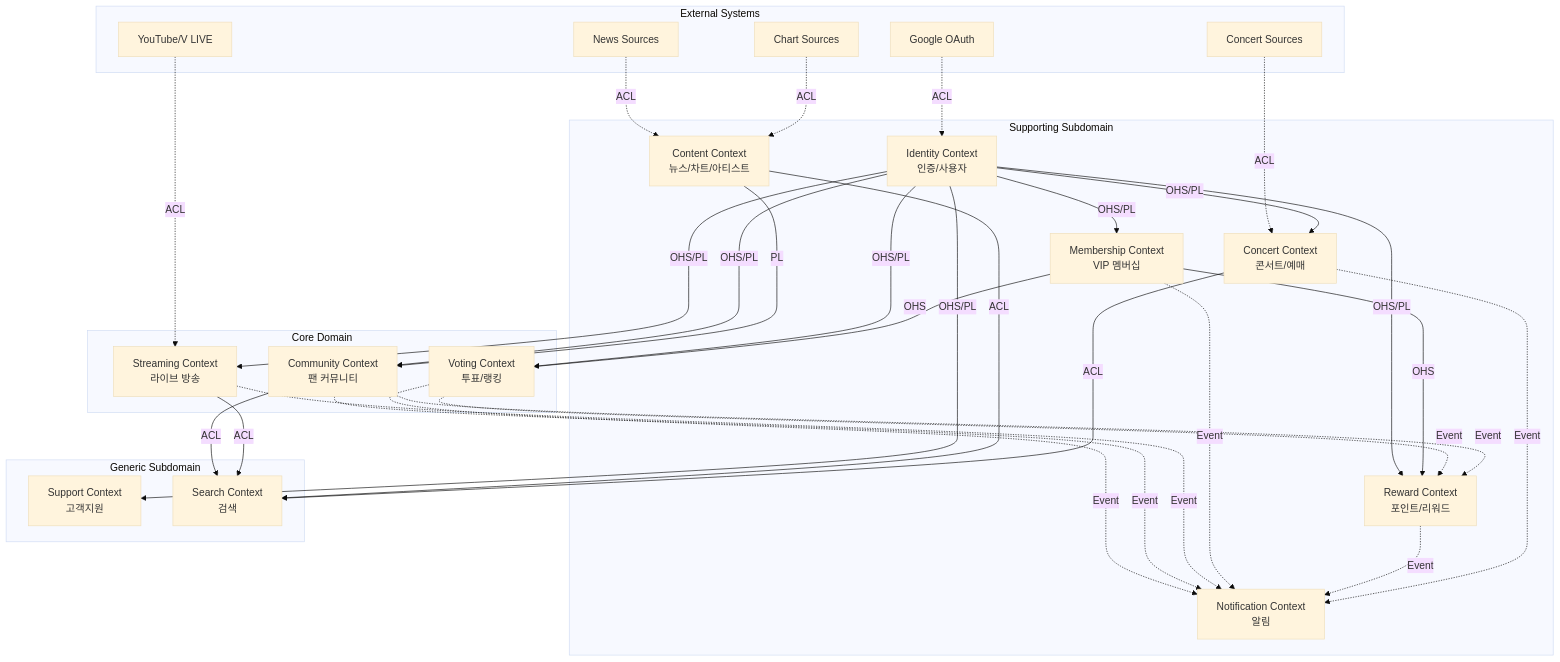
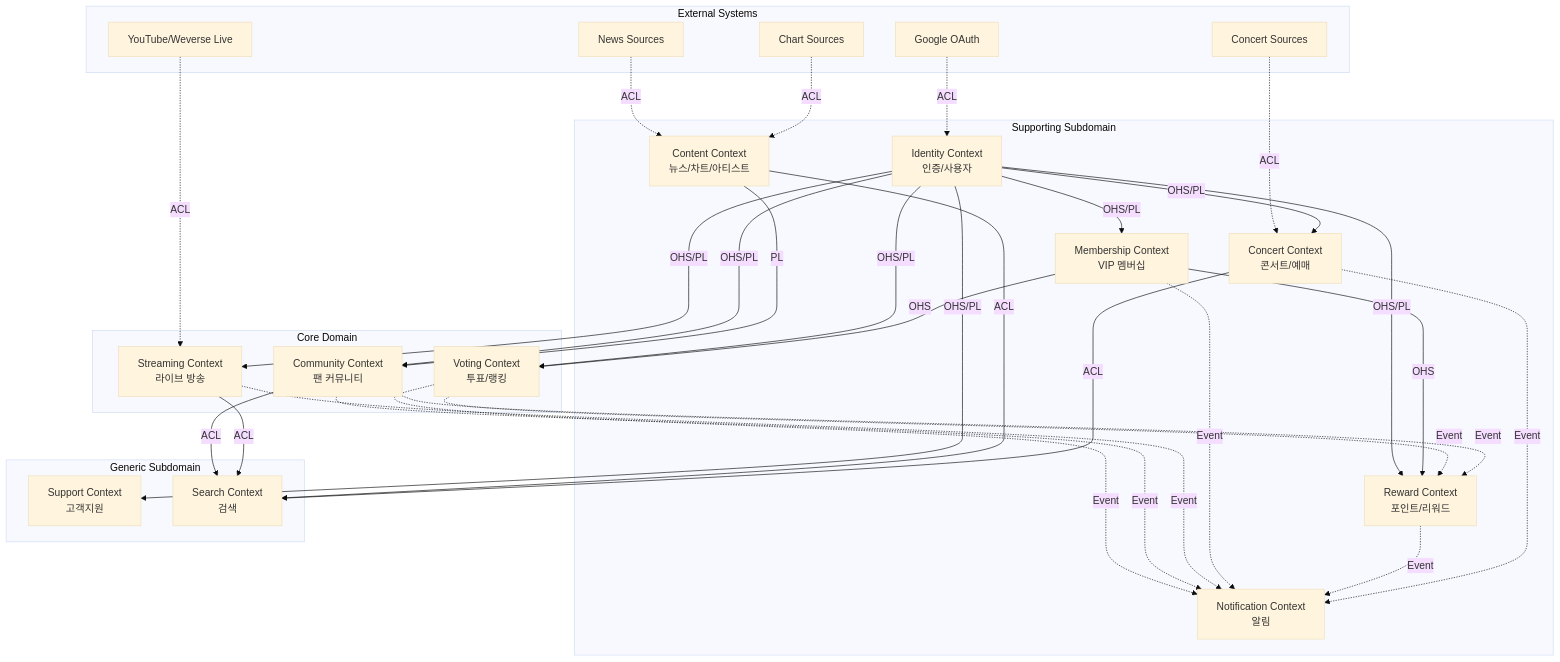
One commit to jskjw157/FanPulse changed the first of 3 diagrams in doc/ddd/context-map.md. Above: the diagram before and after it, drawn with Mermaid (base theme). The commit also changed other lines of this file and 20 other files, not shown here.

````diff
--- a/doc/ddd/context-map.md
+++ b/doc/ddd/context-map.md
@@ -41,69 +41,69 @@
 ```mermaid
 graph TB
     subgraph External["External Systems"]
         GOOGLE[Google OAuth]
-        YOUTUBE[YouTube/V LIVE]
+        YOUTUBE[YouTube/Weverse Live]
         NEWS_SOURCE[News Sources]
         CHART_SOURCE[Chart Sources]
         CONCERT_SOURCE[Concert Sources]
     end
 
     subgraph Core["Core Domain"]
         VOTING[Voting Context<br/>투표/랭킹]
         COMMUNITY[Community Context<br/>팬 커뮤니티]
         STREAMING[Streaming Context<br/>라이브 방송]
     end
 
     subgraph Supporting["Supporting Subdomain"]
         IDENTITY[Identity Context<br/>인증/사용자]
         CONTENT[Content Context<br/>뉴스/차트/아티스트]
         CONCERT[Concert Context<br/>콘서트/예매]
         REWARD[Reward Context<br/>포인트/리워드]
         MEMBERSHIP[Membership Context<br/>VIP 멤버십]
         NOTIFICATION[Notification Context<br/>알림]
     end
 
     subgraph Generic["Generic Subdomain"]
         SUPPORT[Support Context<br/>고객지원]
         SEARCH[Search Context<br/>검색]
     end
 
     %% External integrations
     GOOGLE -.->|ACL| IDENTITY
     YOUTUBE -.->|ACL| STREAMING
     NEWS_SOURCE -.->|ACL| CONTENT
     CHART_SOURCE -.->|ACL| CONTENT
     CONCERT_SOURCE -.->|ACL| CONCERT
 
     %% Identity as central auth provider
     IDENTITY -->|OHS/PL| VOTING
     IDENTITY -->|OHS/PL| COMMUNITY
     IDENTITY -->|OHS/PL| STREAMING
     IDENTITY -->|OHS/PL| REWARD
     IDENTITY -->|OHS/PL| MEMBERSHIP
     IDENTITY -->|OHS/PL| CONCERT
     IDENTITY -->|OHS/PL| SUPPORT
 
     %% Membership affects voting and rewards
     MEMBERSHIP -->|OHS| VOTING
     MEMBERSHIP -->|OHS| REWARD
 
     %% Event-driven integrations
     VOTING -.->|Event| NOTIFICATION
     VOTING -.->|Event| REWARD
     COMMUNITY -.->|Event| NOTIFICATION
     COMMUNITY -.->|Event| REWARD
     STREAMING -.->|Event| NOTIFICATION
     MEMBERSHIP -.->|Event| NOTIFICATION
     REWARD -.->|Event| NOTIFICATION
     CONCERT -.->|Event| NOTIFICATION
 
     %% Search integration
     CONTENT -->|ACL| SEARCH
     COMMUNITY -->|ACL| SEARCH
     CONCERT -->|ACL| SEARCH
     STREAMING -->|ACL| SEARCH
 
     %% Content to Community
     CONTENT -->|PL| COMMUNITY
 ```
````
